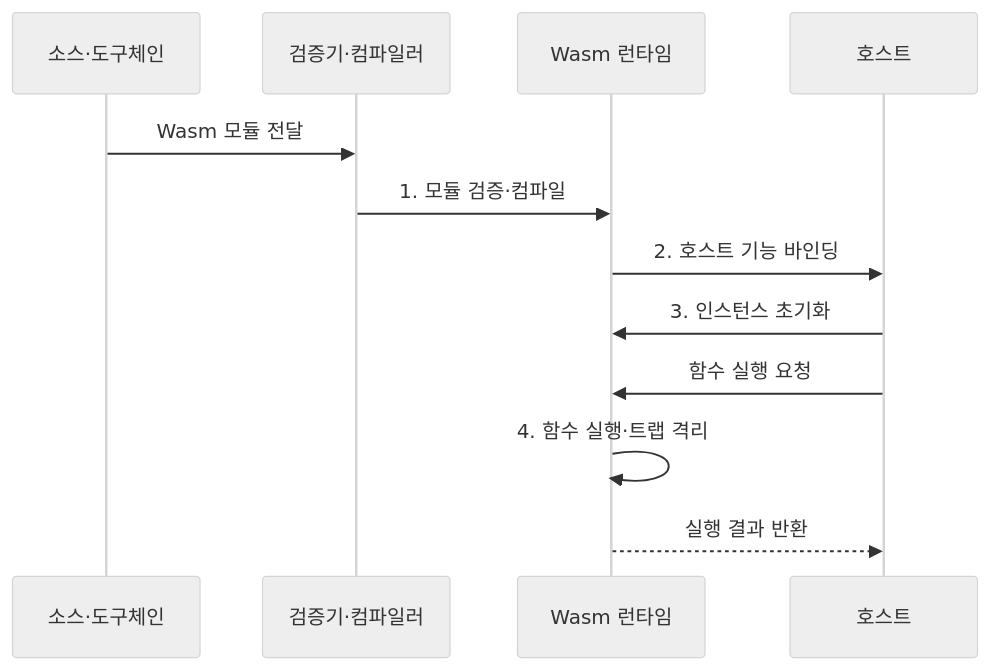
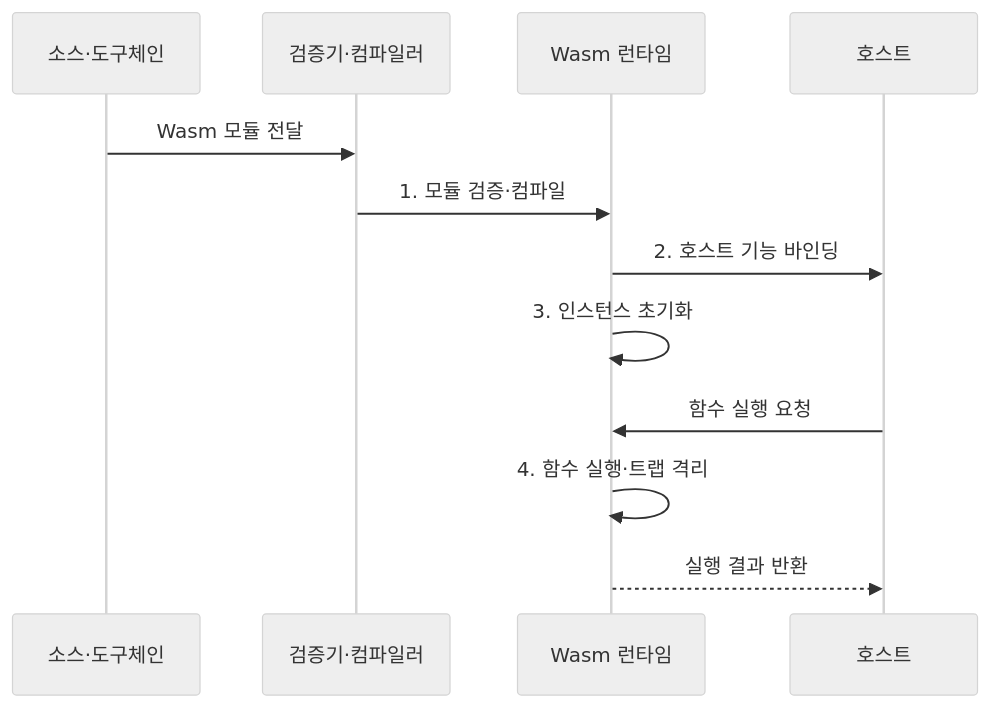
The second of 2 diagrams in src/content/docs/notes/08-latest-tech/166_webassembly.md (agnusdei1207/knowledge-base), drawn with Mermaid (neutral theme) before and after one commit. The commit also changed other lines of this file and 9 other files, not shown here.

````diff
--- a/src/content/docs/notes/08-latest-tech/166_webassembly.md
+++ b/src/content/docs/notes/08-latest-tech/166_webassembly.md
@@ -80,14 +80,14 @@
 ```mermaid
 sequenceDiagram
   participant S as 소스·도구체인
   participant V as 검증기·컴파일러
   participant R as Wasm 런타임
   participant H as 호스트
   S->>V: Wasm 모듈 전달
   V->>R: 1. 모듈 검증·컴파일
   R->>H: 2. 호스트 기능 바인딩
-  H->>R: 3. 인스턴스 초기화
+  R->>R: 3. 인스턴스 초기화
   H->>R: 함수 실행 요청
   R->>R: 4. 함수 실행·트랩 격리
   R-->>H: 실행 결과 반환
 ```
````
